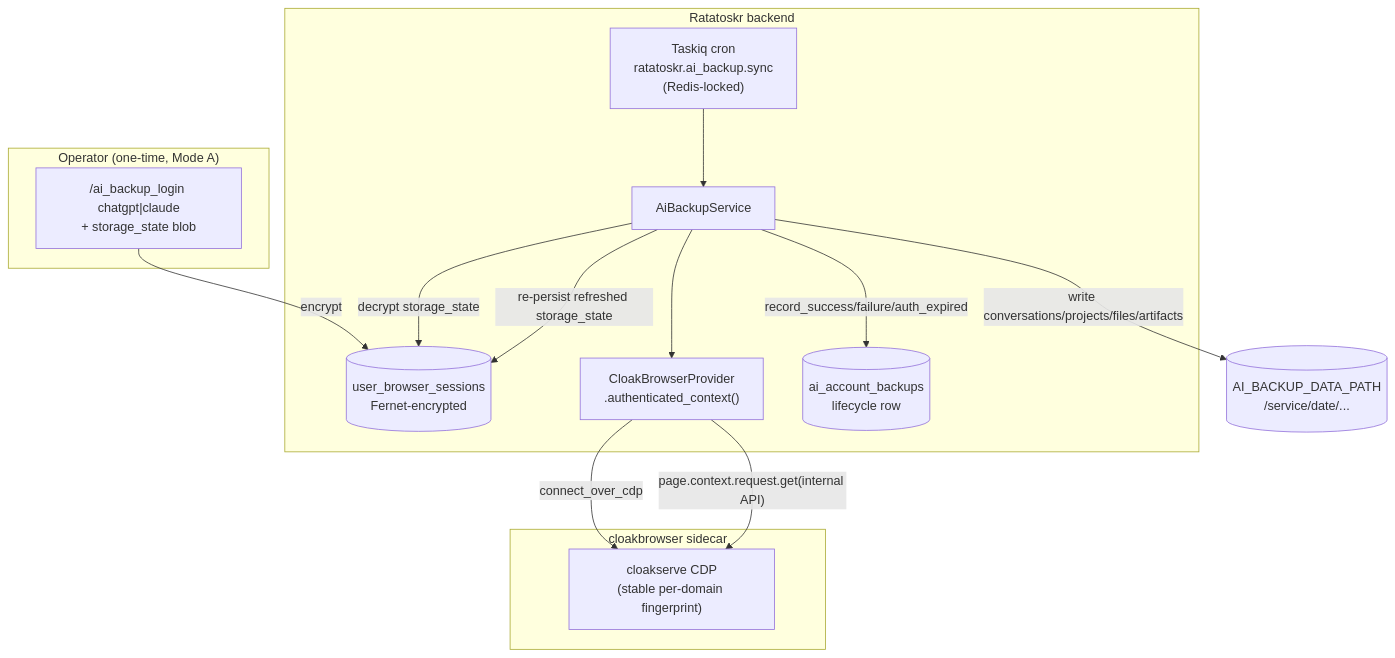
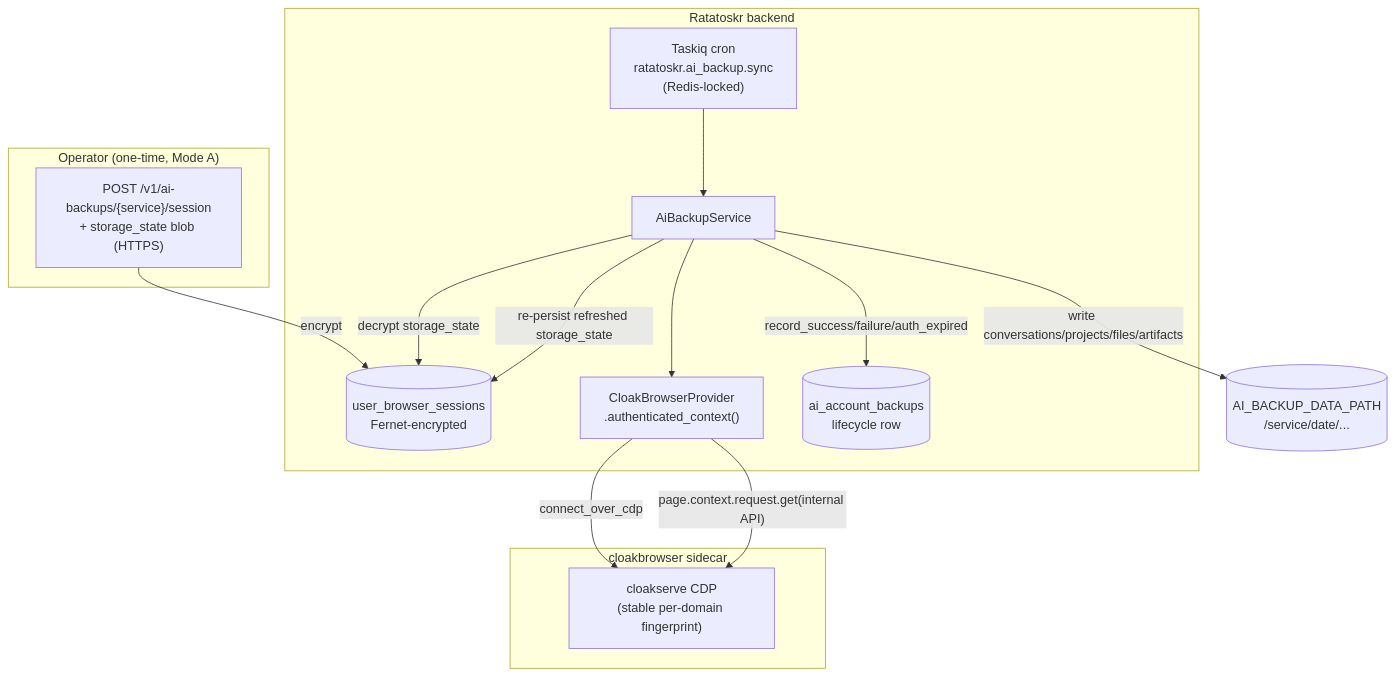
Before and after one commit to po4yka/ratatoskr: the diagram in docs/explanation/ai-account-backup.md, drawn with Mermaid. The commit also changed other lines of this file and 15 other files, not shown here.

````diff
--- a/docs/explanation/ai-account-backup.md
+++ b/docs/explanation/ai-account-backup.md
@@ -25,27 +25,27 @@
 ```mermaid
 flowchart TB
     subgraph Operator["Operator (one-time, Mode A)"]
-        Paste["/ai_backup_login chatgpt|claude\n+ storage_state blob"]
+        Paste["POST /v1/ai-backups/{service}/session\n+ storage_state blob (HTTPS)"]
     end
     subgraph Backend["Ratatoskr backend"]
         Store[(user_browser_sessions\nFernet-encrypted)]
         Task["Taskiq cron\nratatoskr.ai_backup.sync\n(Redis-locked)"]
         Svc[AiBackupService]
         Prov["CloakBrowserProvider\n.authenticated_context()"]
         State[(ai_account_backups\nlifecycle row)]
     end
     subgraph Sidecar["cloakbrowser sidecar"]
         CDP["cloakserve CDP\n(stable per-domain fingerprint)"]
     end
     Disk[(AI_BACKUP_DATA_PATH\n/service/date/...)]
 
     Paste -- encrypt --> Store
     Task --> Svc
     Svc -- decrypt storage_state --> Store
     Svc --> Prov
     Prov -- connect_over_cdp --> CDP
     Prov -- "page.context.request.get(internal API)" --> CDP
     Svc -- write conversations/projects/files/artifacts --> Disk
     Svc -- re-persist refreshed storage_state --> Store
     Svc -- record_success/failure/auth_expired --> State
 ```
````
